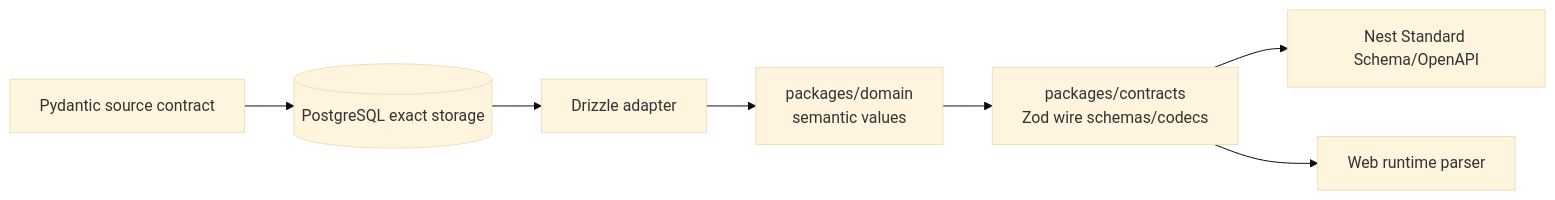
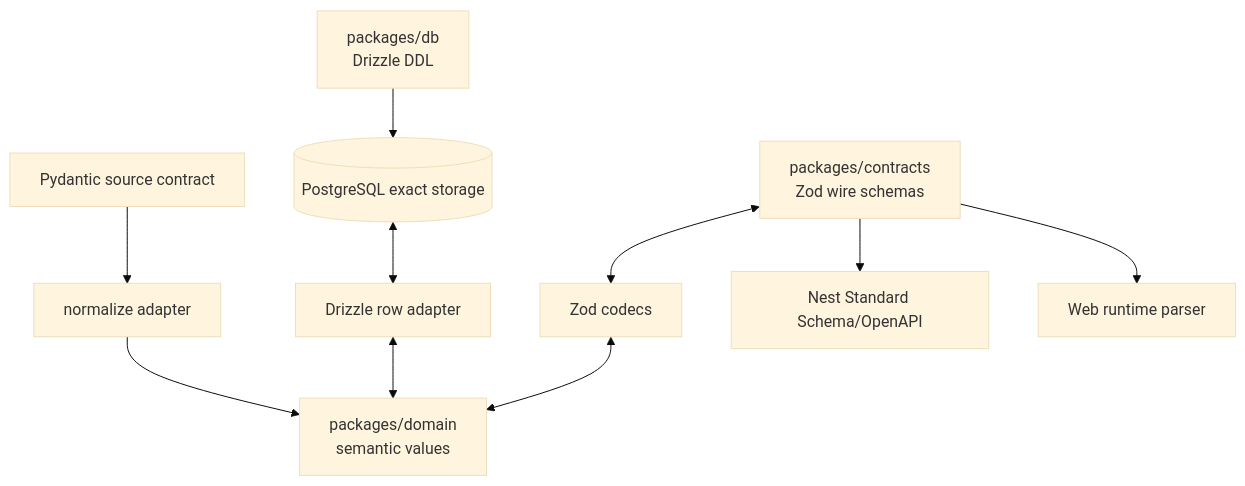
The fifth of 5 diagrams in docs/architecture/c4.md (Lamyzm/eat-bid-service), drawn with Mermaid (base theme) before and after one commit. The commit also changed other lines of this file and 1 other file, not shown here.

Commit message:
docs(architecture): clarify contract authorities

````diff
--- a/docs/architecture/c4.md
+++ b/docs/architecture/c4.md
@@ -138,9 +138,12 @@
 ```mermaid
-flowchart LR
-    source[Pydantic source contract] --> db[(PostgreSQL exact storage)]
-    db --> adapter[Drizzle adapter]
-    adapter --> domain[packages/domain\nsemantic values]
-    domain --> contract[packages/contracts\nZod wire schemas/codecs]
+flowchart TB
+    source[Pydantic source contract] --> normalize[normalize adapter]
+    normalize --> domain[packages/domain\nsemantic values]
+    ddl[packages/db\nDrizzle DDL] --> db[(PostgreSQL exact storage)]
+    db <--> adapter[Drizzle row adapter]
+    adapter <--> domain
+    contract[packages/contracts\nZod wire schemas] <--> codec[Zod codecs]
+    codec <--> domain
     contract --> http[Nest Standard Schema/OpenAPI]
     contract --> web[Web runtime parser]
 ```
````
